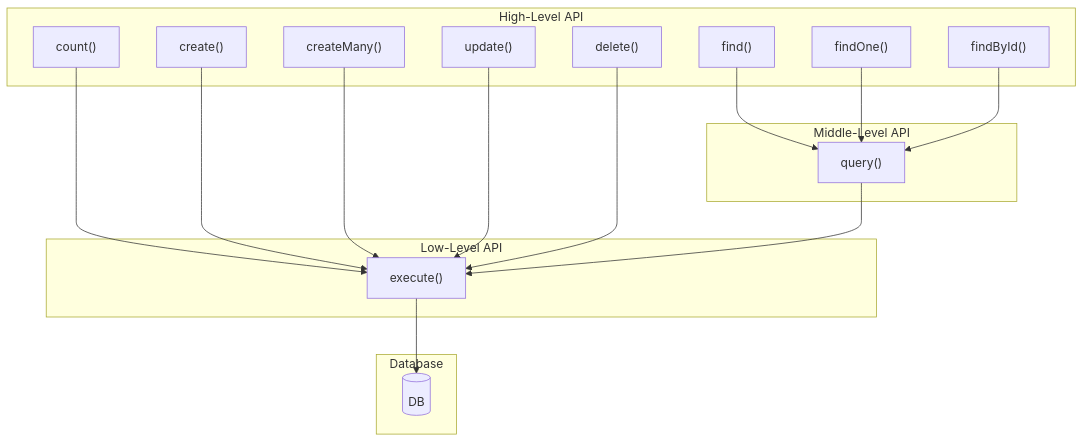
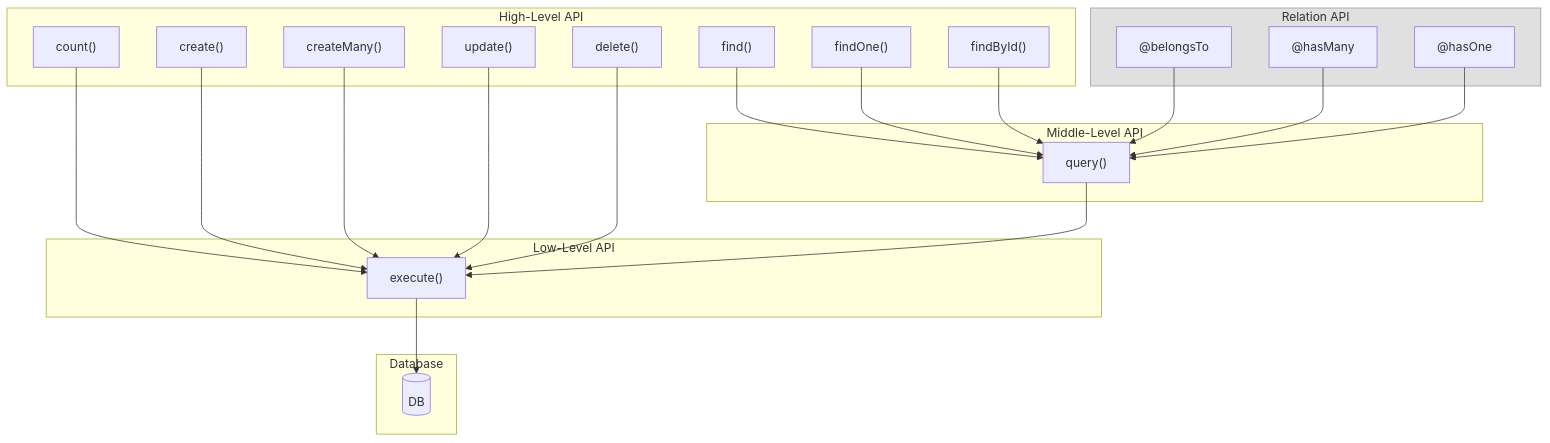
Before and after one commit to foo-ogawa/litedbmodel.ts: the diagram in README.md, drawn with Mermaid. The commit also changed other lines of this file and 17 other files, not shown here.

Commit message:
v0.15.0: Add _selectForRelation for unified lazy loading, support __raw__ with params, update call flow diagram

````diff
--- a/README.md
+++ b/README.md
@@ -388,38 +446,50 @@
 ```mermaid
 flowchart TD
     subgraph "High-Level API"
         find["find()"]
         findOne["findOne()"]
         findById["findById()"]
         count["count()"]
         create["create()"]
         createMany["createMany()"]
         update["update()"]
         delete["delete()"]
+    end
+    
+    subgraph RelationAPI["Relation API"]
+        belongsTo["@belongsTo"]
+        hasMany["@hasMany"]
+        hasOne["@hasOne"]
     end
     
     subgraph "Middle-Level API"
         query["query()"]
     end
     
     subgraph "Low-Level API"
         execute["execute()"]
     end
     
     subgraph "Database"
         DB[(DB)]
     end
     
     find --> query
     findOne --> query
     findById --> query
     
+    belongsTo --> query
+    hasMany --> query
+    hasOne --> query
+    
     count --> execute
     create --> execute
     createMany --> execute
     update --> execute
     delete --> execute
     
     query --> execute
     execute --> DB
+    
+    style RelationAPI fill:#e0e0e0,stroke:#999
 ```
````
